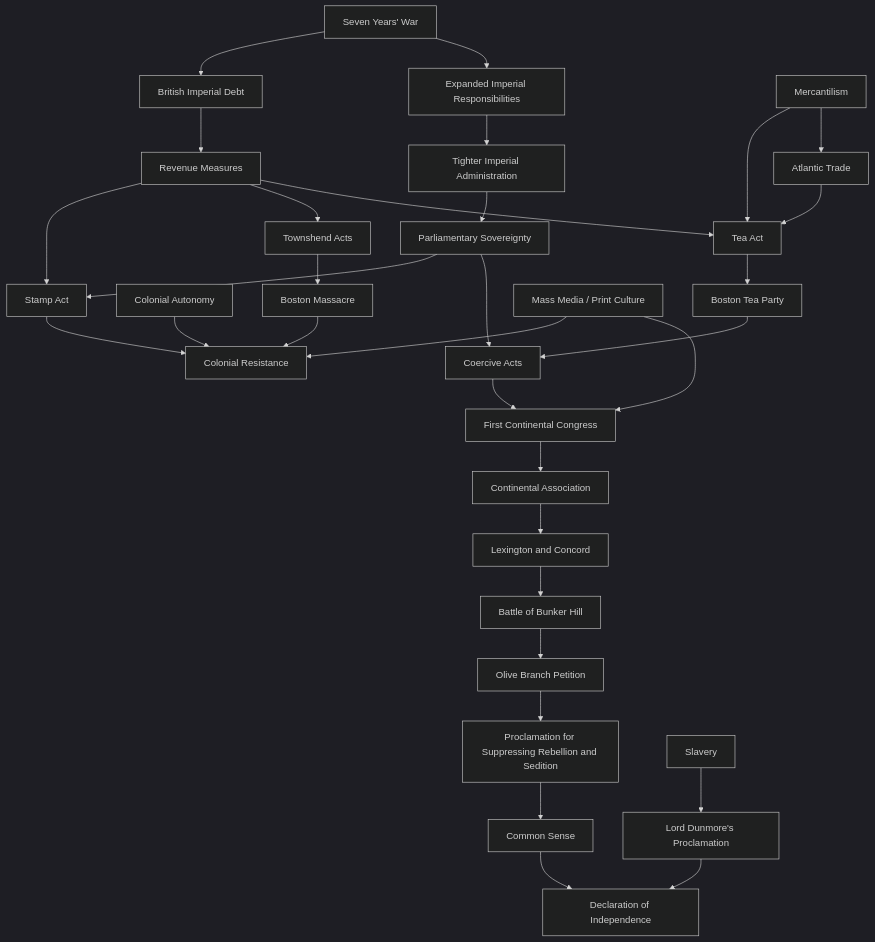
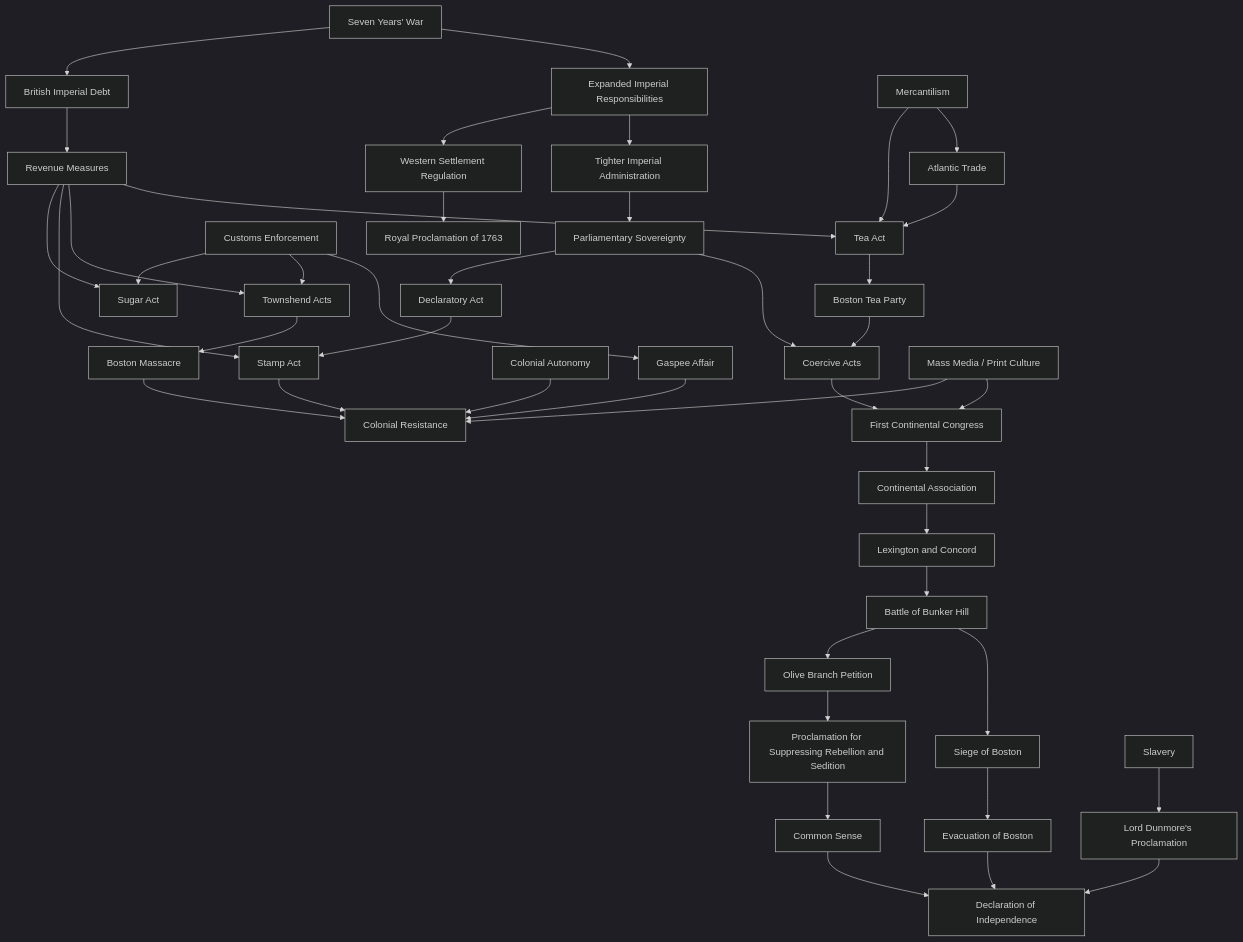
Before and after one commit to mattblethen/Causal-Atlas: the diagram in 09_Maps_Models/Pressure_Maps/American Revolution Pressure Map.md, drawn with Mermaid (dark theme). The commit also changed other lines of this file and 33 other files, not shown here.

Commit message:
Add Revolution policy roots and Boston siege

````diff
--- a/09_Maps_Models/Pressure_Maps/American Revolution Pressure Map.md
+++ b/09_Maps_Models/Pressure_Maps/American Revolution Pressure Map.md
@@ -15,35 +18,46 @@
 ```mermaid
 flowchart TD
     A["Seven Years' War"] --> B["British Imperial Debt"]
     A --> C["Expanded Imperial Responsibilities"]
     B --> D["Revenue Measures"]
+    C --> AB["Western Settlement Regulation"]
     C --> E["Tighter Imperial Administration"]
+    AB --> AC["Royal Proclamation of 1763"]
+    D --> AD["Sugar Act"]
     D --> F["Stamp Act"]
     D --> S["Townshend Acts"]
     D --> G["Tea Act"]
     E --> H["Parliamentary Sovereignty"]
-    H --> F
+    H --> AE["Declaratory Act"]
+    AE --> F
     H --> I["Coercive Acts"]
     J["Colonial Autonomy"] --> K["Colonial Resistance"]
     F --> K
     S --> T["Boston Massacre"]
     T --> K
+    AF["Customs Enforcement"] --> AD
+    AF --> S
+    AF --> AG["Gaspee Affair"]
+    AG --> K
     G --> L["Boston Tea Party"]
     L --> I
     I --> M["First Continental Congress"]
     M --> U["Continental Association"]
     U --> N["Lexington and Concord"]
     N --> X["Battle of Bunker Hill"]
     X --> V["Olive Branch Petition"]
     V --> Y["Proclamation for Suppressing Rebellion and Sedition"]
     Y --> W["Common Sense"]
+    X --> AH["Siege of Boston"]
+    AH --> AI["Evacuation of Boston"]
+    AI --> O
     W --> O["Declaration of Independence"]
     Z["Slavery"] --> AA["Lord Dunmore's Proclamation"]
     AA --> O
 
     P["Atlantic Trade"] --> G
     Q["Mercantilism"] --> G
     Q --> P
     R["Mass Media / Print Culture"] --> K
     R --> M
 ```
````
